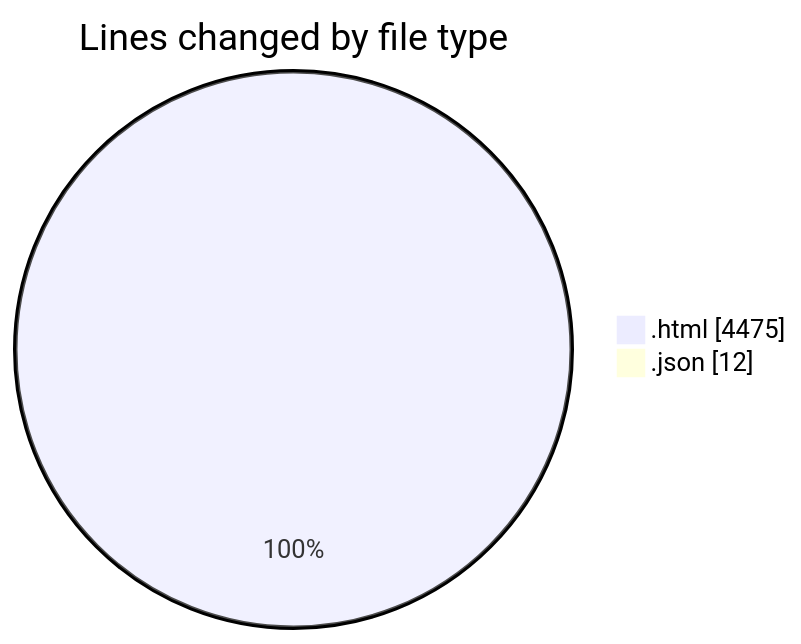
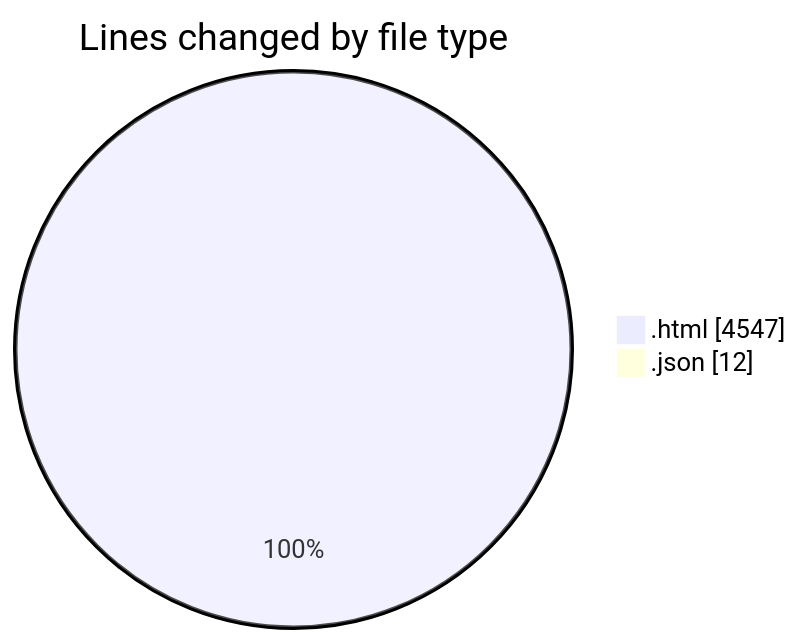
The first of 2 diagrams in 2026-05-21/pdf_invoice/README.md (momahboobian/code-tracking), drawn with Mermaid before and after one commit. The commit also changed other lines of this file and 1 other file, not shown here.

````diff
--- a/2026-05-21/pdf_invoice/README.md
+++ b/2026-05-21/pdf_invoice/README.md
@@ -26,6 +26,6 @@
 ```mermaid
 pie showData
 title Lines changed by file type
-".html" : 4475
+".html" : 4547
 ".json" : 12
 ```
````
